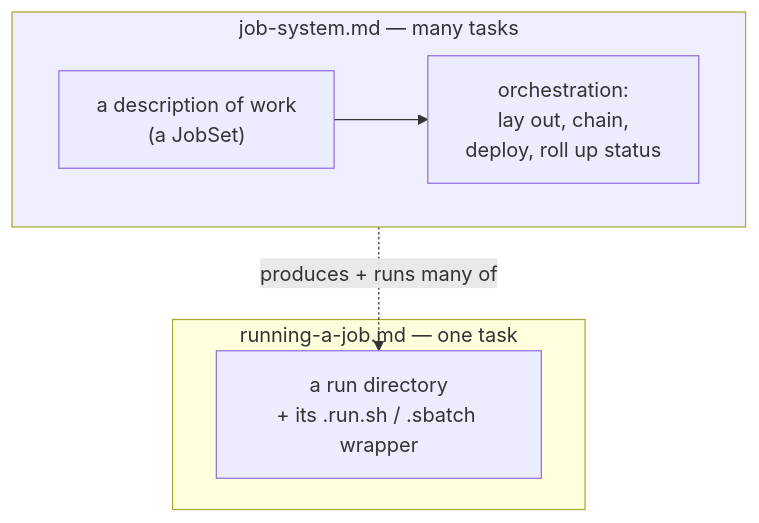
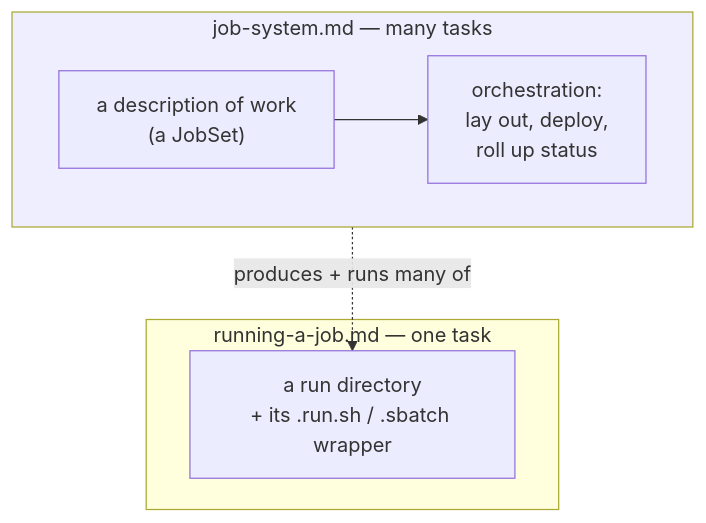
Before and after one commit to Qing-LAB/molbuilder: the first of 9 diagrams in docs/execution/job-system.md, drawn with Mermaid. The commit also changed other lines of this file and 6 other files, not shown here.

````diff
--- a/docs/execution/job-system.md
+++ b/docs/execution/job-system.md
@@ -46,13 +48,13 @@
 ```mermaid
 flowchart TB
     subgraph single["running-a-job.md — one task"]
       W["a run directory<br/>+ its .run.sh / .sbatch wrapper"]
     end
     subgraph system["job-system.md — many tasks"]
       direction LR
-      D["a description of work<br/>(a JobSet)"] --> O["orchestration:<br/>lay out, chain,<br/>deploy, roll up status"]
+      D["a description of work<br/>(a JobSet)"] --> O["orchestration:<br/>lay out, deploy,<br/>roll up status"]
     end
     O -.->|"produces + runs many of"| W
     classDef s fill:#eef;
     class system s;
 ```
````
